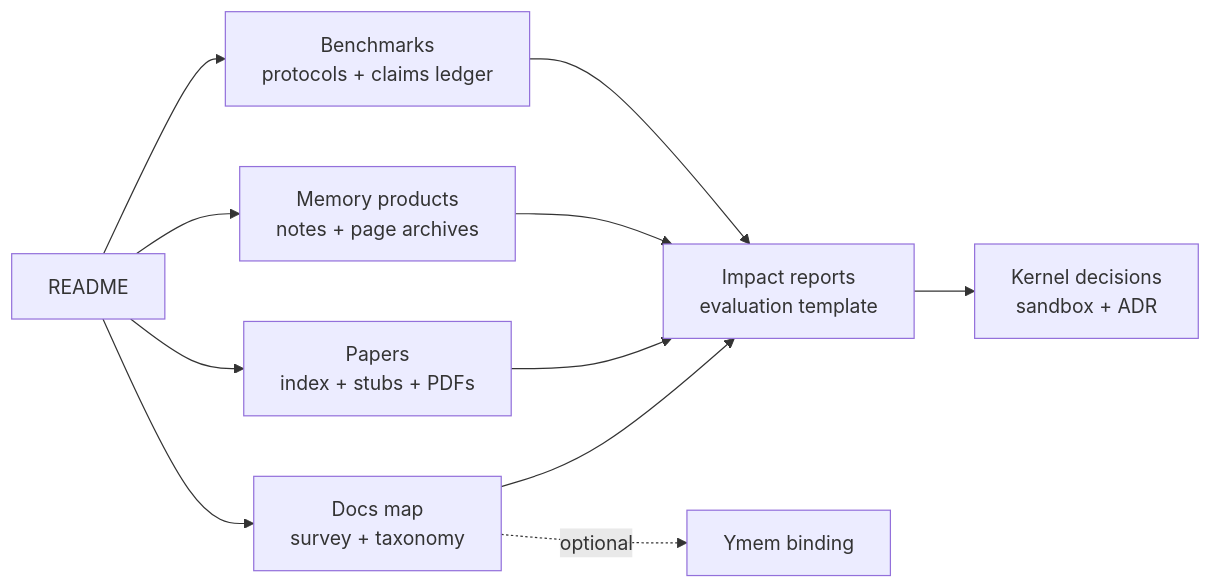
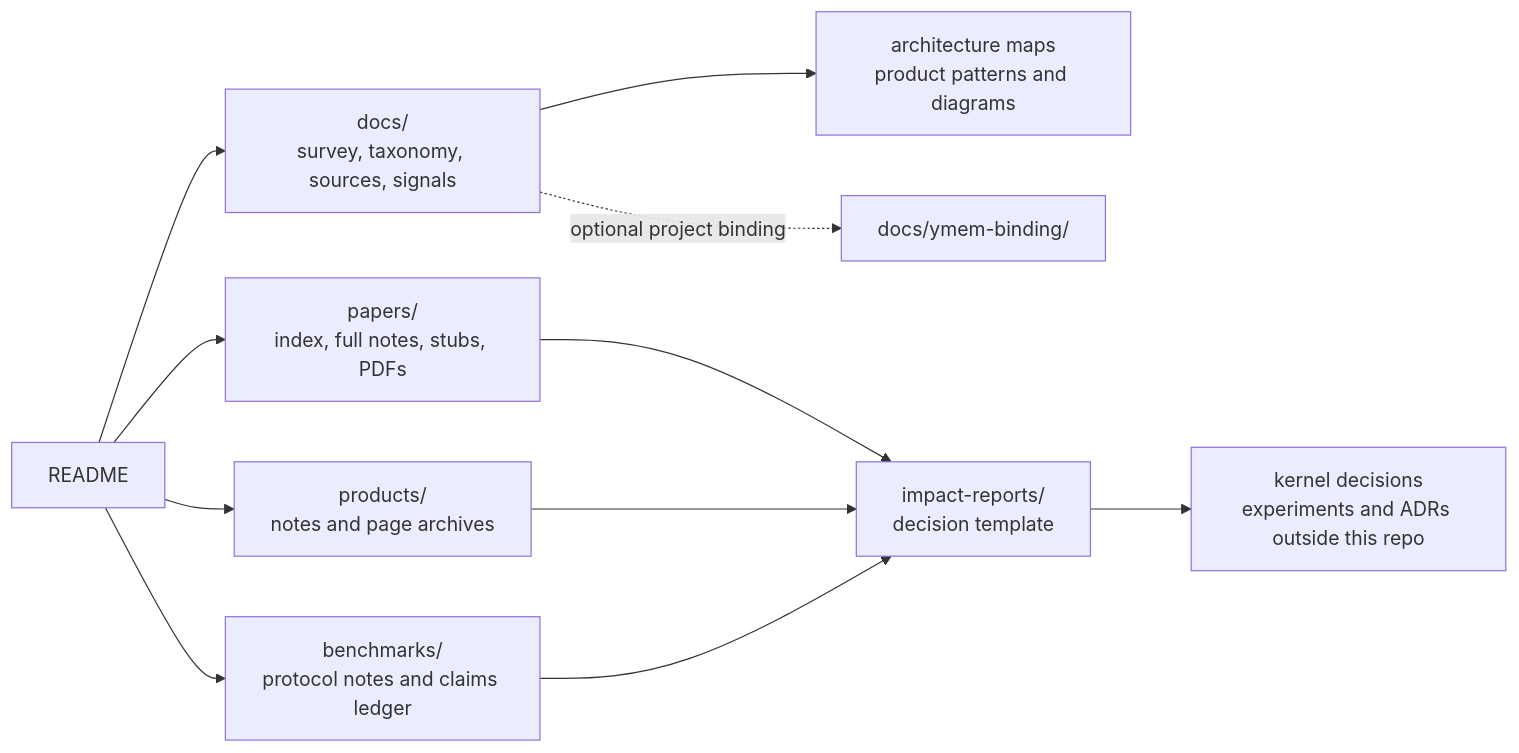
One commit to Snseam/awesome-agent-memory changed the diagram in README.md. Above: the diagram before and after it, drawn with Mermaid. The commit also changed other lines of this file and 1 other file, not shown here.

````diff
--- a/README.md
+++ b/README.md
@@ -46,13 +99,13 @@
 ```mermaid
 flowchart LR
-  R["README"] --> D["Docs map<br/>survey + taxonomy"]
-  R --> P["Papers<br/>index + stubs + PDFs"]
-  R --> PL["Memory products<br/>notes + page archives"]
-  R --> B["Benchmarks<br/>protocols + claims ledger"]
-  D --> IR["Impact reports<br/>evaluation template"]
-  P --> IR
-  PL --> IR
+  R["README"] --> D["docs/<br/>survey, taxonomy, sources, signals"]
+  R --> P["papers/<br/>index, full notes, stubs, PDFs"]
+  R --> PR["products/<br/>notes and page archives"]
+  R --> B["benchmarks/<br/>protocol notes and claims ledger"]
+  D --> A["architecture maps<br/>product patterns and diagrams"]
+  P --> IR["impact-reports/<br/>decision template"]
+  PR --> IR
   B --> IR
-  IR --> KD["Kernel decisions<br/>sandbox + ADR"]
-  D -. "optional" .-> YB["Ymem binding"]
+  IR --> ADR["kernel decisions<br/>experiments and ADRs outside this repo"]
+  D -. "optional project binding" .-> Y["docs/ymem-binding/"]
 ```
````
